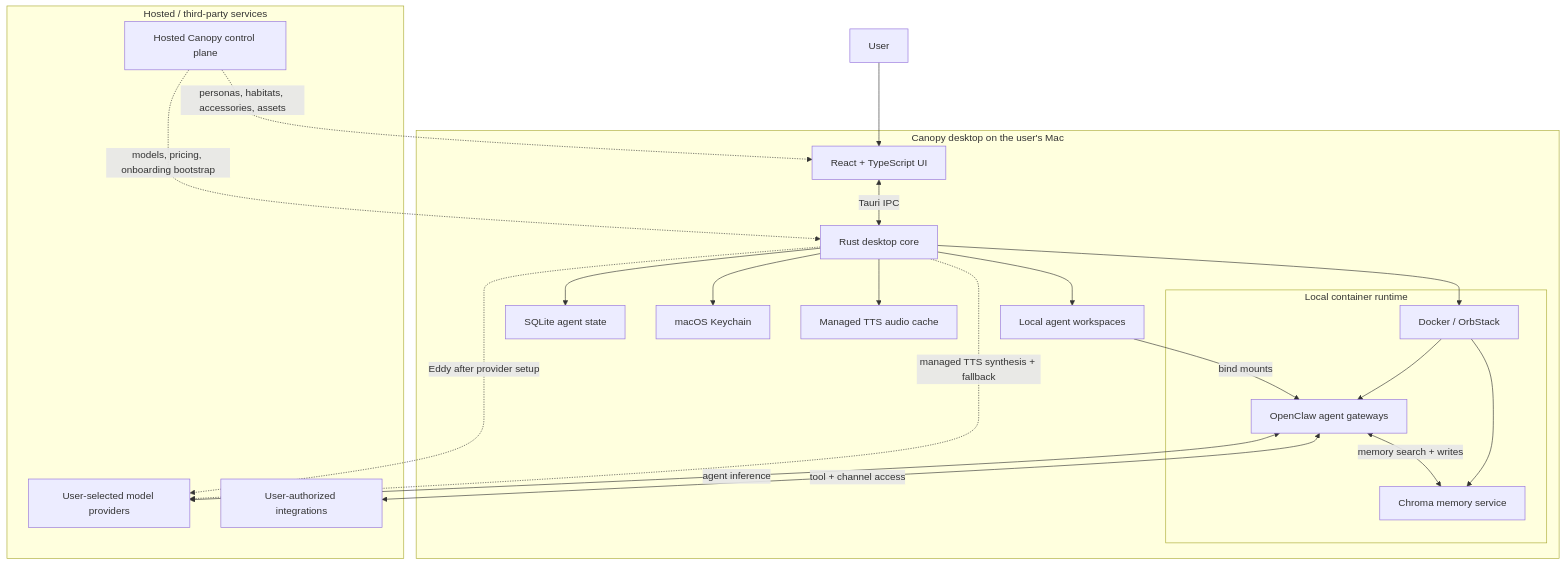
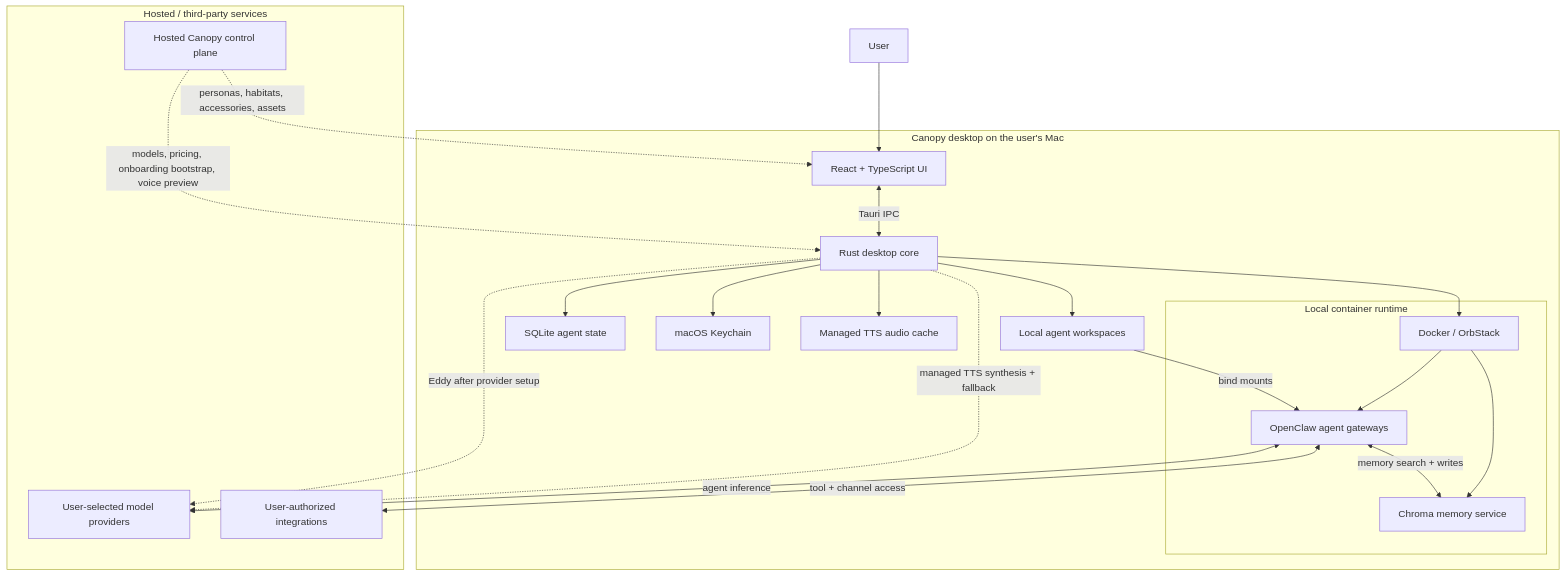
The diagram in README.md (ScottieR/canopy), drawn with Mermaid before and after one commit. The commit also changed other lines of this file and 19 other files, not shown here.

````diff
--- a/README.md
+++ b/README.md
@@ -41,42 +41,42 @@
 ```mermaid
 flowchart TD
     User["User"] --> UI
 
     subgraph Mac["Canopy desktop on the user's Mac"]
         UI["React + TypeScript UI"]
         Core["Rust desktop core"]
         DB["SQLite agent state"]
         Keychain["macOS Keychain"]
         VoiceCache["Managed TTS audio cache"]
         Workspaces["Local agent workspaces"]
 
         subgraph LocalRuntime["Local container runtime"]
             Docker["Docker / OrbStack"]
             Gateway["OpenClaw agent gateways"]
             Memory["Chroma memory service"]
         end
     end
 
     subgraph Cloud["Hosted / third-party services"]
         Admin["Hosted Canopy control plane"]
         Providers["User-selected model providers"]
         Integrations["User-authorized integrations"]
     end
 
     UI <-->|"Tauri IPC"| Core
     Core --> DB
     Core --> Keychain
     Core --> VoiceCache
     Core --> Workspaces
     Core --> Docker
     Docker --> Gateway
     Docker --> Memory
     Workspaces -->|"bind mounts"| Gateway
     Gateway <-->|"memory search + writes"| Memory
     Gateway <-->|"agent inference"| Providers
     Gateway <-->|"tool + channel access"| Integrations
     Core -. "managed TTS synthesis + fallback" .-> Providers
     Admin -. "personas, habitats, accessories, assets" .-> UI
-    Admin -. "models, pricing, onboarding bootstrap" .-> Core
+    Admin -. "models, pricing, onboarding bootstrap, voice preview" .-> Core
     Core -. "Eddy after provider setup" .-> Providers
 ```
````
